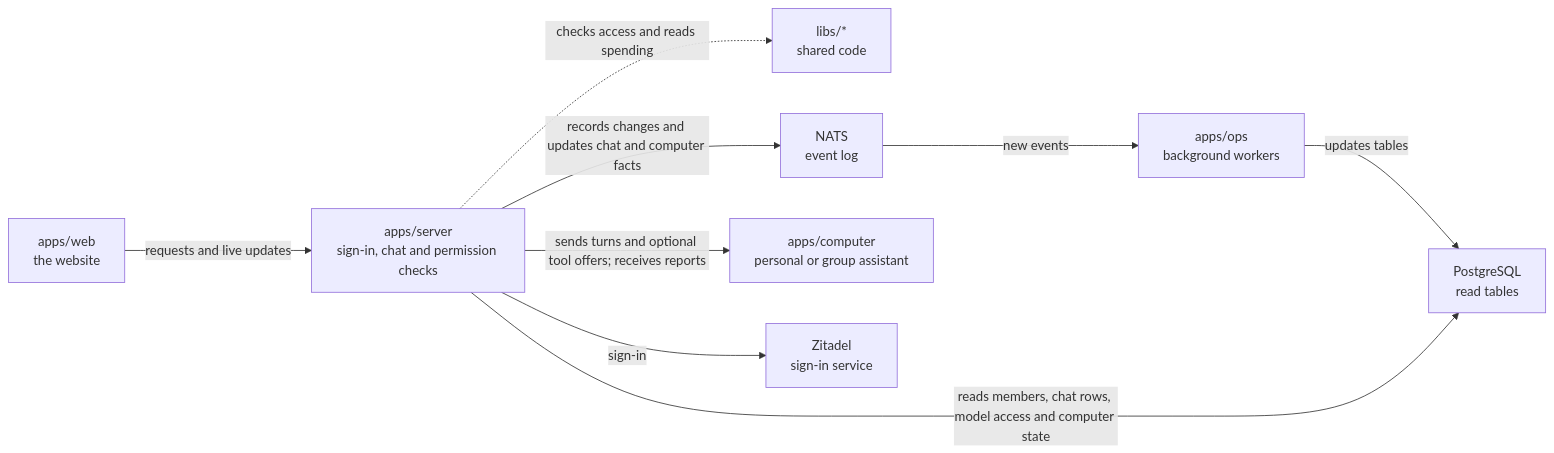
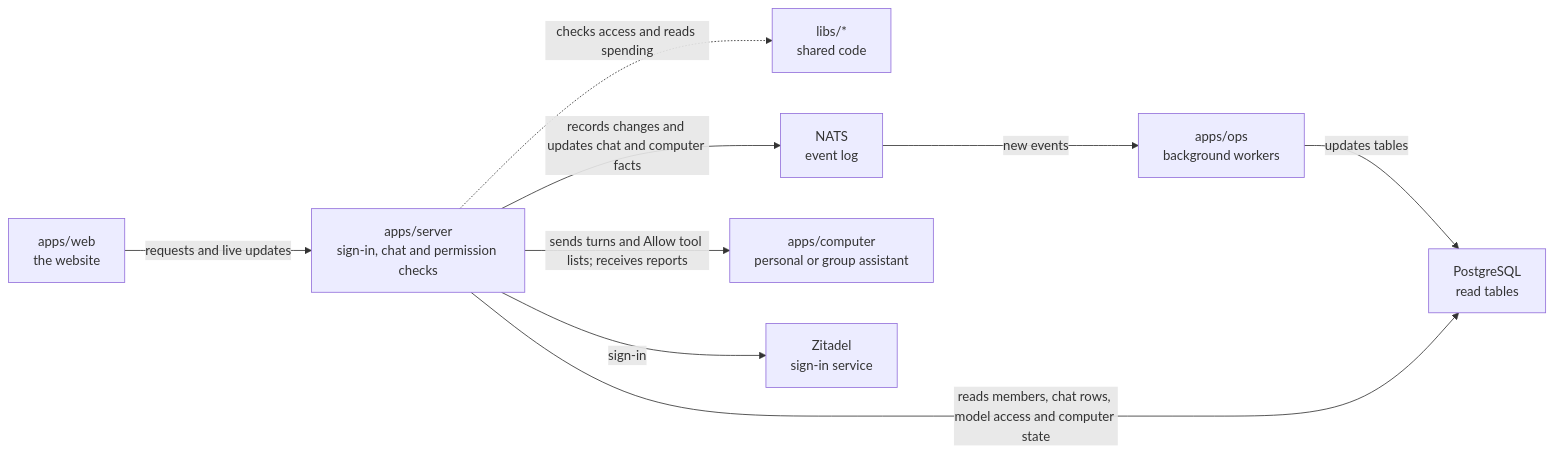
The diagram in apps/server/README.md (elewa-git/opencrane-new), drawn with Mermaid before and after one commit. The commit also changed other lines of this file and 27 other files, not shown here.

````diff
--- a/apps/server/README.md
+++ b/apps/server/README.md
@@ -11,11 +11,11 @@
 ```mermaid
 flowchart LR
   web["apps/web<br/>the website"] -->|requests and live updates| server["apps/server<br/>sign-in, chat and permission checks"]
   server -.->|checks access and reads spending| libs["libs/*<br/>shared code"]
   server -->|records changes and updates chat and computer facts| nats["NATS<br/>event log"]
   nats -->|new events| ops["apps/ops<br/>background workers"]
   ops -->|updates tables| postgres["PostgreSQL<br/>read tables"]
   server -->|reads members, chat rows, model access and computer state| postgres
-  server -->|sends turns and optional tool offers; receives reports| computer["apps/computer<br/>personal or group assistant"]
+  server -->|sends turns and Allow tool lists; receives reports| computer["apps/computer<br/>personal or group assistant"]
   server -->|sign-in| zitadel["Zitadel<br/>sign-in service"]
 ```
````
